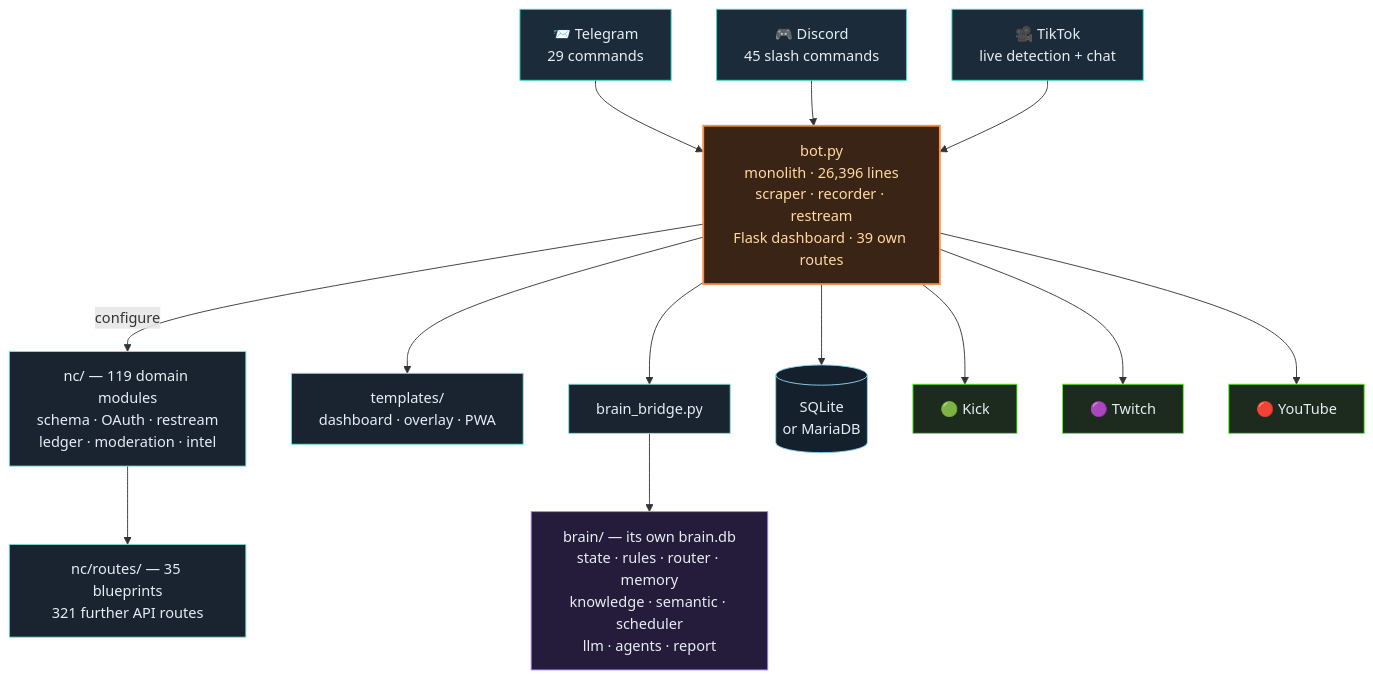
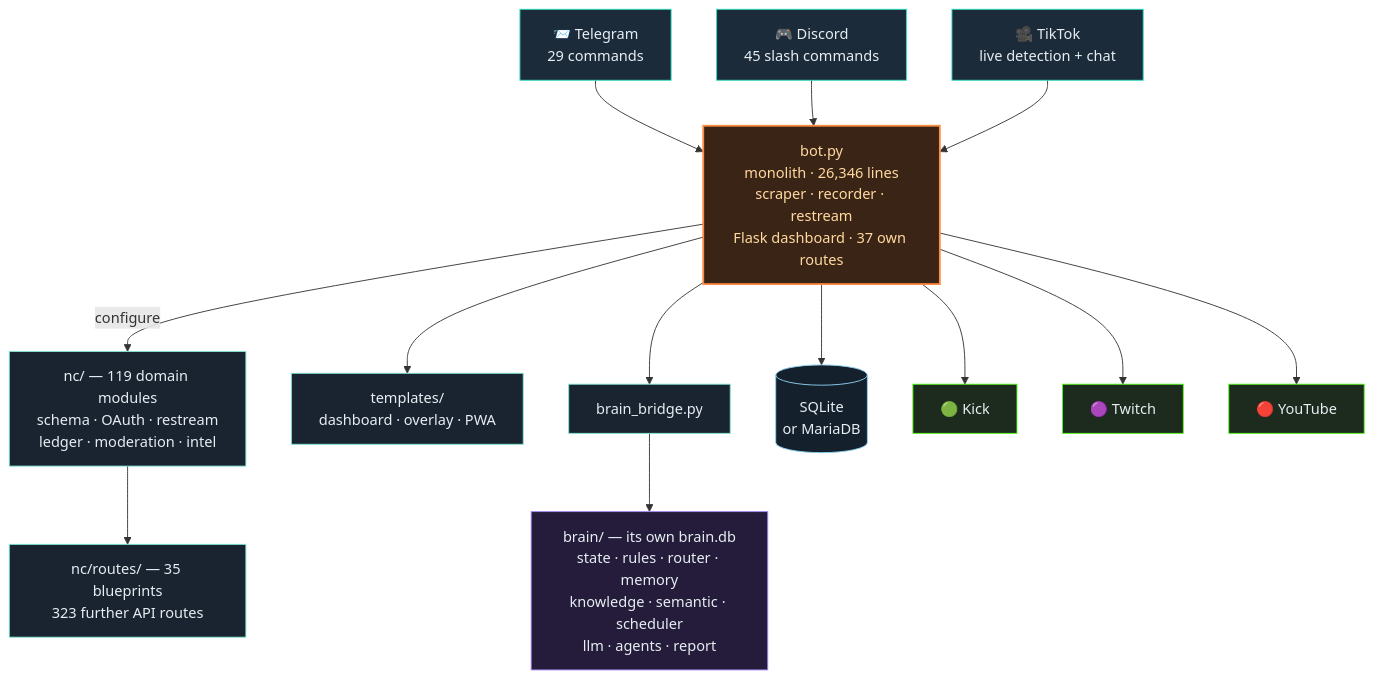
The third of 4 diagrams in README.en.md (itsamemedev/Telegram-Stream-Info-Bot), drawn with Mermaid before and after one commit. The commit also changed other lines of this file and 13 other files, not shown here.

````diff
--- a/README.en.md
+++ b/README.en.md
@@ -190,30 +190,30 @@
 ```mermaid
 flowchart TB
     TG["📨 Telegram<br/>29 commands"]:::ein
     DC["🎮 Discord<br/>45 slash commands"]:::ein
     TT["🎥 TikTok<br/>live detection + chat"]:::ein
 
     TG --> BOT
     DC --> BOT
     TT --> BOT
 
-    BOT["bot.py<br/>monolith · 26,396 lines<br/>scraper · recorder · restream<br/>Flask dashboard · 39 own routes"]:::core
+    BOT["bot.py<br/>monolith · 26,346 lines<br/>scraper · recorder · restream<br/>Flask dashboard · 37 own routes"]:::core
 
     BOT -->|configure| NC["nc/ — 119 domain modules<br/>schema · OAuth · restream<br/>ledger · moderation · intel"]:::lib
-    NC --> RT["nc/routes/ — 35 blueprints<br/>321 further API routes"]:::lib
+    NC --> RT["nc/routes/ — 35 blueprints<br/>323 further API routes"]:::lib
     BOT --> TPL["templates/<br/>dashboard · overlay · PWA"]:::lib
     BOT --> BR["brain_bridge.py"]:::lib
     BR --> BRAIN["brain/ — its own brain.db<br/>state · rules · router · memory<br/>knowledge · semantic · scheduler<br/>llm · agents · report"]:::brain
     BOT --> DB[("SQLite<br/>or MariaDB")]:::db
 
     BOT --> KICK["🟢 Kick"]:::out
     BOT --> TW["🟣 Twitch"]:::out
     BOT --> YT["🔴 YouTube"]:::out
 
     classDef ein fill:#1c2b3a,stroke:#2de1c2,color:#e6edf3
     classDef core fill:#3a2415,stroke:#ff8c42,stroke-width:2px,color:#ffd9a0
     classDef lib fill:#1a2430,stroke:#7fe7d4,color:#e6edf3
     classDef brain fill:#241c3a,stroke:#a78bfa,color:#e6edf3
     classDef db fill:#14202c,stroke:#8fd3f4,color:#e6edf3
     classDef out fill:#1c2b1e,stroke:#53fc18,color:#e6edf3
 ```
````
